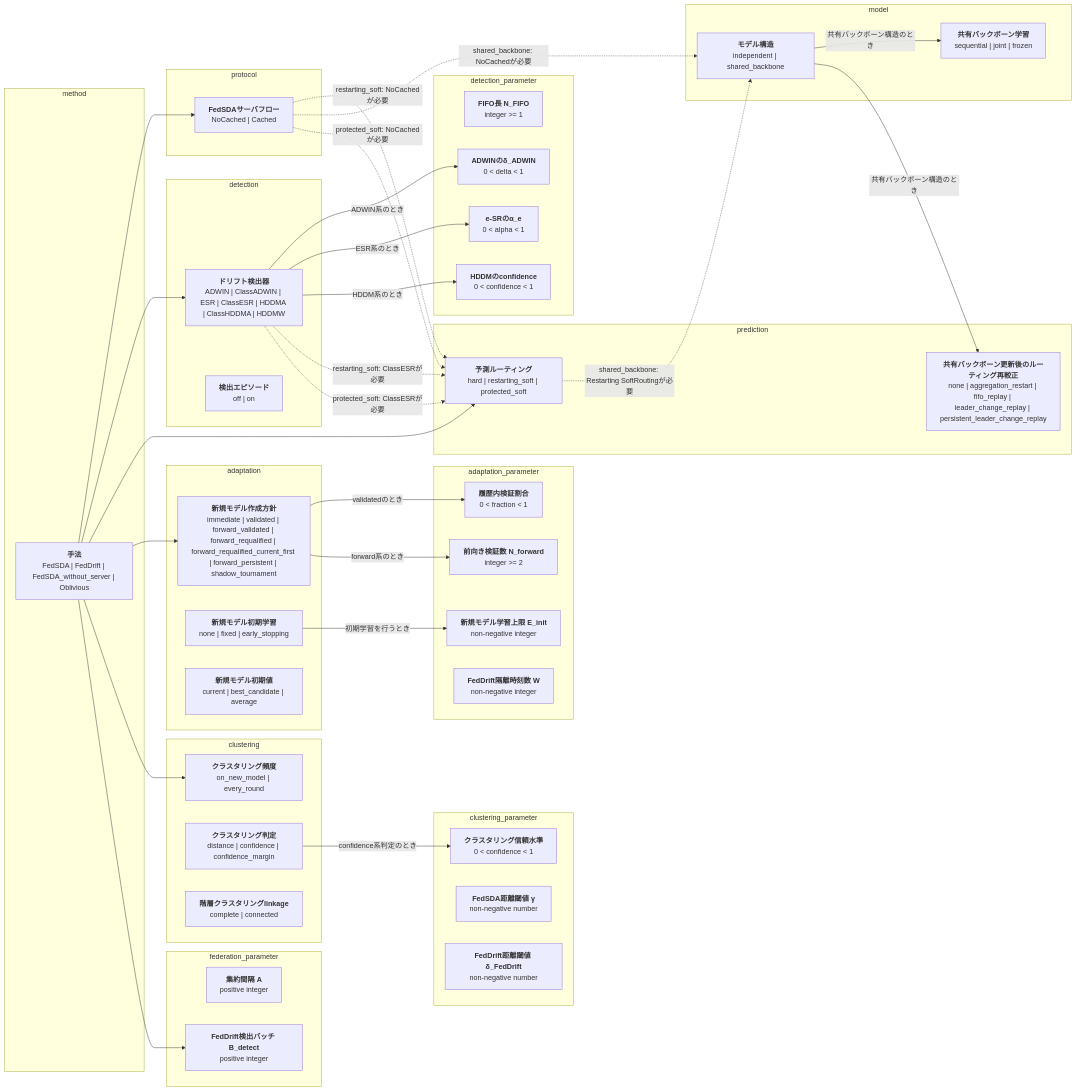
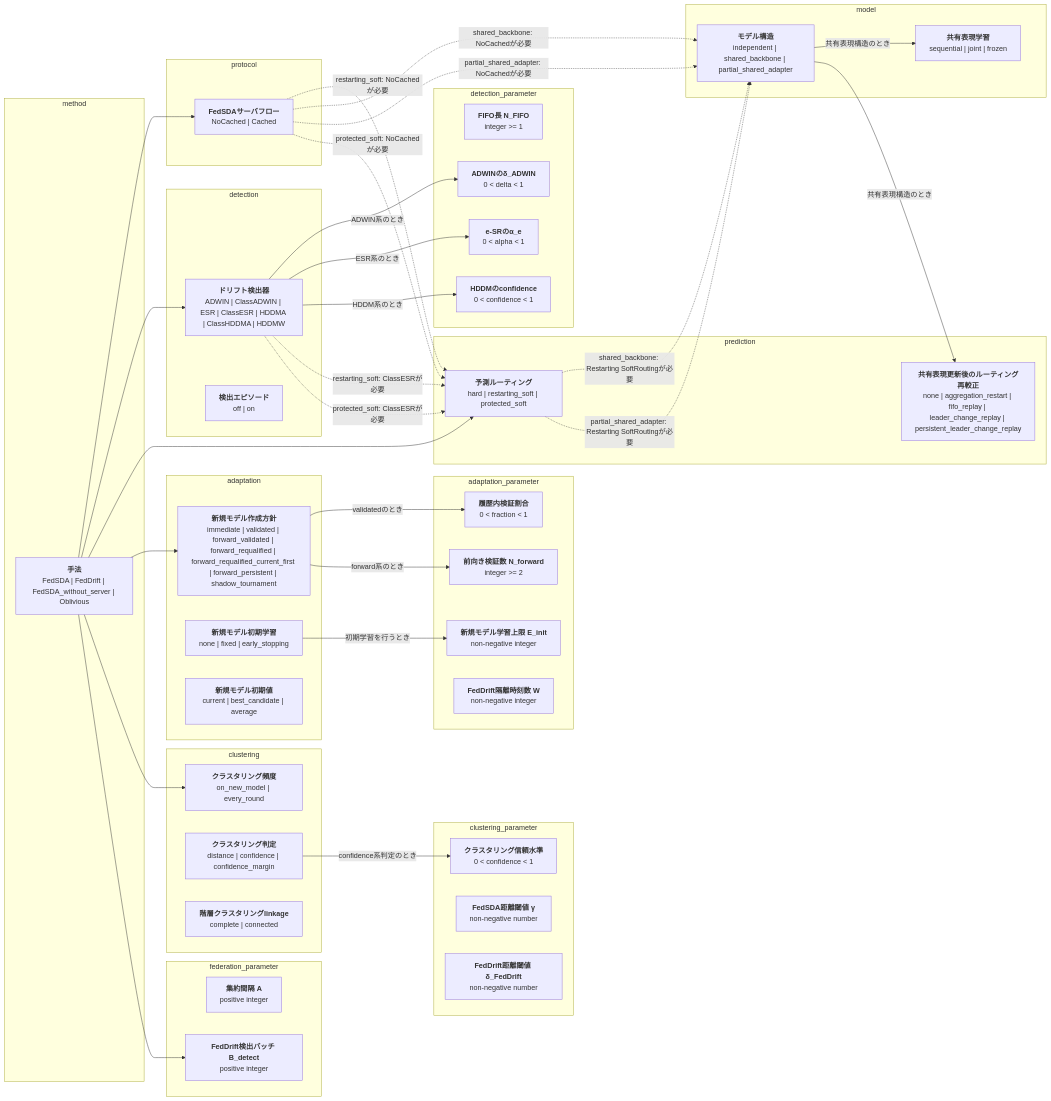
The first of 2 diagrams in docs/options.md (shimmen3141/FedSDA-experiment), drawn with Mermaid before and after one commit. The commit also changed other lines of this file and 11 other files, not shown here.

Commit message:
Add partial shared adapters for FedSDA

````diff
--- a/docs/options.md
+++ b/docs/options.md
@@ -18,73 +18,75 @@
 ```mermaid
 flowchart LR
   subgraph group_method[method]
     method["<b>手法</b><br/>FedSDA | FedDrift | FedSDA_without_server | Oblivious"]
   end
   subgraph group_protocol[protocol]
     server_flow["<b>FedSDAサーバフロー</b><br/>NoCached | Cached"]
   end
   subgraph group_detection[detection]
     detector["<b>ドリフト検出器</b><br/>ADWIN | ClassADWIN | ESR | ClassESR | HDDMA | ClassHDDMA | HDDMW"]
     detection_episodes["<b>検出エピソード</b><br/>off | on"]
   end
   subgraph group_prediction[prediction]
     routing["<b>予測ルーティング</b><br/>hard | restarting_soft | protected_soft"]
-    shared_backbone_routing_recalibration["<b>共有バックボーン更新後のルーティング再較正</b><br/>none | aggregation_restart | fifo_replay | leader_change_replay | persistent_leader_change_replay"]
+    shared_backbone_routing_recalibration["<b>共有表現更新後のルーティング再較正</b><br/>none | aggregation_restart | fifo_replay | leader_change_replay | persistent_leader_change_replay"]
   end
   subgraph group_model[model]
-    model_architecture["<b>モデル構造</b><br/>independent | shared_backbone"]
-    shared_backbone_training["<b>共有バックボーン学習</b><br/>sequential | joint | frozen"]
+    model_architecture["<b>モデル構造</b><br/>independent | shared_backbone | partial_shared_adapter"]
+    shared_backbone_training["<b>共有表現学習</b><br/>sequential | joint | frozen"]
   end
   subgraph group_adaptation[adaptation]
     new_model_creation_policy["<b>新規モデル作成方針</b><br/>immediate | validated | forward_validated | forward_requalified | forward_requalified_current_first | forward_persistent | shadow_tournament"]
     new_model_training["<b>新規モデル初期学習</b><br/>none | fixed | early_stopping"]
     new_model_initialization["<b>新規モデル初期値</b><br/>current | best_candidate | average"]
   end
   subgraph group_adaptation_parameter[adaptation_parameter]
     new_model_epochs["<b>新規モデル学習上限 E_init</b><br/>non-negative integer"]
     new_model_validation_fraction["<b>履歴内検証割合</b><br/>0 < fraction < 1"]
     new_model_forward_validation_samples["<b>前向き検証数 N_forward</b><br/>integer >= 2"]
     feddrift_isolation_timesteps["<b>FedDrift隔離時刻数 W</b><br/>non-negative integer"]
   end
   subgraph group_detection_parameter[detection_parameter]
     fifo_size["<b>FIFO長 N_FIFO</b><br/>integer >= 1"]
     adwin_delta["<b>ADWINのδ_ADWIN</b><br/>0 < delta < 1"]
     e_detector_alpha["<b>e-SRのα_e</b><br/>0 < alpha < 1"]
     hddm_drift_confidence["<b>HDDMのconfidence</b><br/>0 < confidence < 1"]
   end
   subgraph group_clustering[clustering]
     clustering_policy["<b>クラスタリング頻度</b><br/>on_new_model | every_round"]
     clustering_decision["<b>クラスタリング判定</b><br/>distance | confidence | confidence_margin"]
     cluster_linkage["<b>階層クラスタリングlinkage</b><br/>complete | connected"]
   end
   subgraph group_clustering_parameter[clustering_parameter]
     clustering_confidence["<b>クラスタリング信頼水準</b><br/>0 < confidence < 1"]
     fedsda_distance_threshold["<b>FedSDA距離閾値 γ</b><br/>non-negative number"]
     feddrift_distance_threshold["<b>FedDrift距離閾値 δ_FedDrift</b><br/>non-negative number"]
   end
   subgraph group_federation_parameter[federation_parameter]
     aggregation_interval["<b>集約間隔 A</b><br/>positive integer"]
     feddrift_detection_batch_size["<b>FedDrift検出バッチ B_detect</b><br/>positive integer"]
   end
-  model_architecture -->|"共有バックボーン構造のとき"| shared_backbone_training
-  model_architecture -->|"共有バックボーン構造のとき"| shared_backbone_routing_recalibration
+  model_architecture -->|"共有表現構造のとき"| shared_backbone_training
+  model_architecture -->|"共有表現構造のとき"| shared_backbone_routing_recalibration
   new_model_training -->|"初期学習を行うとき"| new_model_epochs
   new_model_creation_policy -->|"validatedのとき"| new_model_validation_fraction
   new_model_creation_policy -->|"forward系のとき"| new_model_forward_validation_samples
   detector -->|"ADWIN系のとき"| adwin_delta
   detector -->|"ESR系のとき"| e_detector_alpha
   detector -->|"HDDM系のとき"| hddm_drift_confidence
   clustering_decision -->|"confidence系判定のとき"| clustering_confidence
   server_flow -.->|"restarting_soft: NoCachedが必要"| routing
   detector -.->|"restarting_soft: ClassESRが必要"| routing
   server_flow -.->|"shared_backbone: NoCachedが必要"| model_architecture
   routing -.->|"shared_backbone: Restarting SoftRoutingが必要"| model_architecture
+  server_flow -.->|"partial_shared_adapter: NoCachedが必要"| model_architecture
+  routing -.->|"partial_shared_adapter: Restarting SoftRoutingが必要"| model_architecture
   server_flow -.->|"protected_soft: NoCachedが必要"| routing
   detector -.->|"protected_soft: ClassESRが必要"| routing
   method --> server_flow
   method --> detector
   method --> routing
   method --> new_model_creation_policy
   method --> clustering_policy
   method --> feddrift_detection_batch_size
 ```
````
